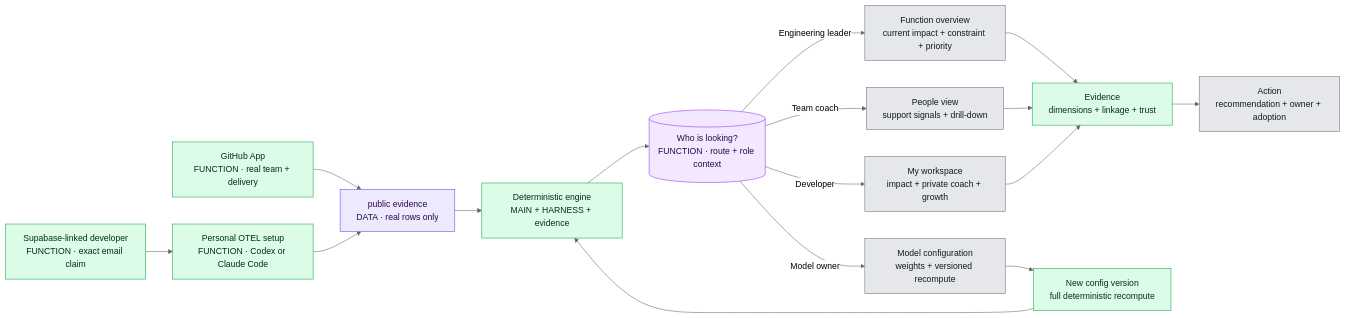
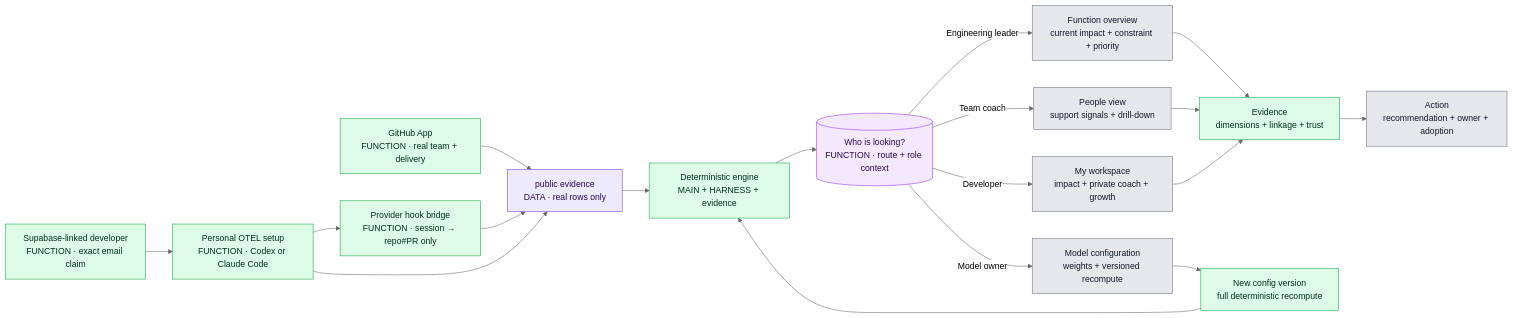
Before and after one commit to APareek89/prism_v1: the diagram in docs/mermaid/01-product-flow.mmd, drawn with Mermaid (neutral theme). The commit also changed 26 other files, not shown here.

Commit message:
feat: add verified PR-link enrichment and calculation math

```diff
--- a/docs/mermaid/01-product-flow.mmd
+++ b/docs/mermaid/01-product-flow.mmd
@@ -1,30 +1,32 @@
 %% Prism product decision flow
-%% verified: 2026-07-17 real-only workspace rebuild
+%% verified: 2026-07-18 metadata-only PR-link enrichment
 %% files: apps/web/components/layout/AppShell.tsx, apps/web/app/(views)/function/page.tsx, apps/web/app/(views)/team/page.tsx, apps/web/app/(views)/me/page.tsx, apps/web/app/(views)/configure/page.tsx, apps/web/lib/db/index.ts
 %% granularity: master
 flowchart LR
   K["GitHub App<br/>FUNCTION · real team + delivery"] --> A["public evidence<br/>DATA · real rows only"]
   L["Supabase-linked developer<br/>FUNCTION · exact email claim"] --> M["Personal OTEL setup<br/>FUNCTION · Codex or Claude Code"]
+  M --> N["Provider hook bridge<br/>FUNCTION · session → repo#PR only"]
+  N --> A
   M --> A
   A --> B["Deterministic engine<br/>MAIN + HARNESS + evidence"]
   B --> C[("Who is looking?<br/>FUNCTION · route + role context")]
   C -->|"Engineering leader"| D["Function overview<br/>current impact + constraint + priority"]
   C -->|"Team coach"| E["People view<br/>support signals + drill-down"]
   C -->|"Developer"| F["My workspace<br/>impact + private coach + growth"]
   C -->|"Model owner"| G["Model configuration<br/>weights + versioned recompute"]
   D --> H["Evidence<br/>dimensions + linkage + trust"]
   E --> H
   F --> H
   H --> I["Action<br/>recommendation + owner + adoption"]
   G --> J["New config version<br/>full deterministic recompute"]
   J --> B
-  class K,L,M,B,H,J fn;
+  class K,L,M,N,B,H,J fn;
   class A data;
   class C dec;
   class D,E,F,G,I term;
   classDef agent fill:#dbeafe,stroke:#2563eb,color:#0b2a5b;
   classDef fn fill:#dcfce7,stroke:#16a34a,color:#052e16;
   classDef dec fill:#f3e8ff,stroke:#9333ea,color:#2a0a4a;
   classDef term fill:#e5e7eb,stroke:#6b7280,color:#111827;
   classDef ask fill:#cffafe,stroke:#0891b2,color:#083344;
   classDef data fill:#ede9fe,stroke:#7c3aed,color:#2a0a4a;
```
